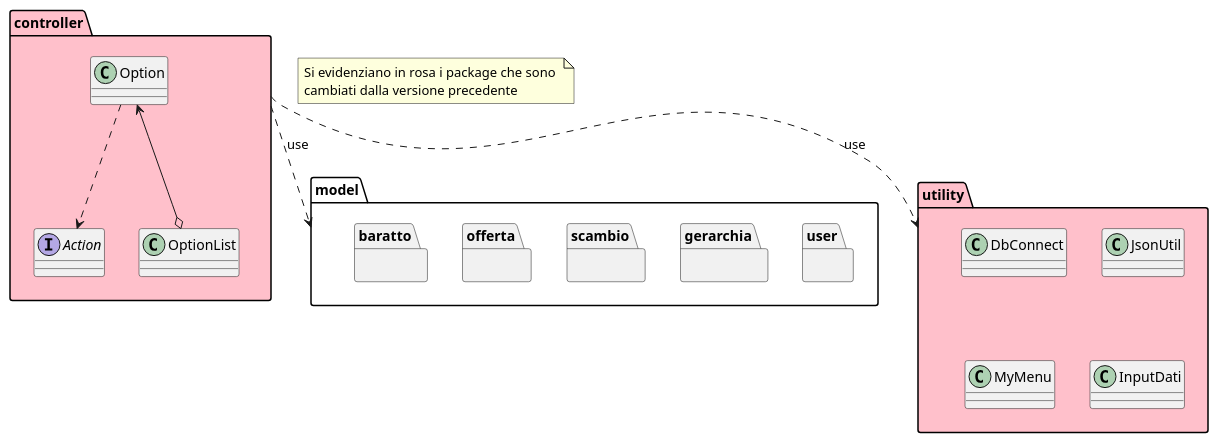
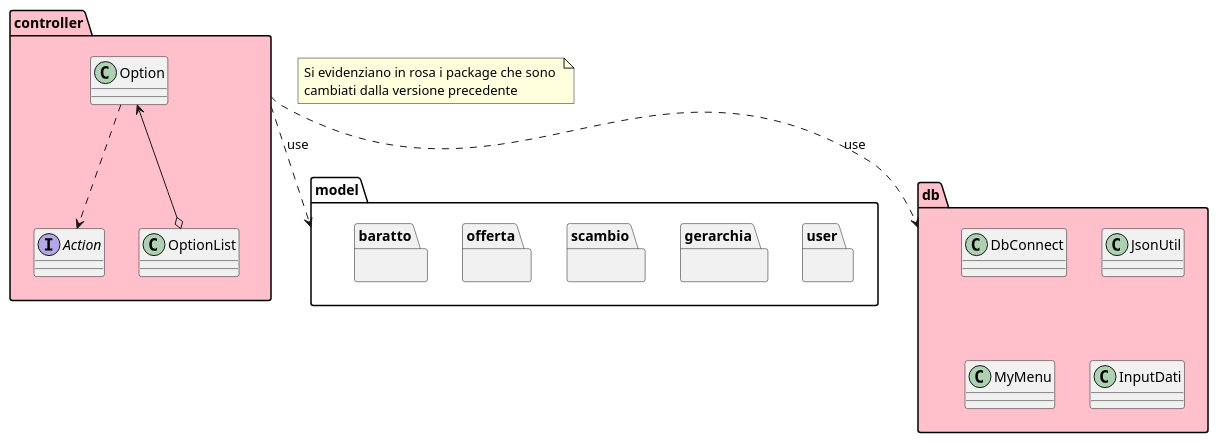
Before and after one commit to bernagit/IngegneriaSoftware: the diagram in Documentation/Ver5/package.puml, drawn with PlantUML. The commit also changed 37 other files, not shown here.

```diff
--- a/Documentation/Ver5/package.puml
+++ b/Documentation/Ver5/package.puml
@@ -1,33 +1,33 @@
 @startuml package
 
 note as n1
     Si evidenziano in rosa i package che sono 
     cambiati dalla versione precedente
 end note
 
 package controller #Pink{
     interface Action{}
     class Option{}
     class OptionList{}
     Option <--o OptionList
     Option ..> Action
 }
 
 package model{
     package user {}
     package gerarchia{}
     package scambio {}
     package offerta {}
     package baratto {}
 }
-package utility #Pink{
+package db #Pink{
     class DbConnect {}
     class JsonUtil{}
     class MyMenu{}
     class InputDati{}
 }
 
 controller ..> model: use
-controller ..> utility: use
+controller ..> db: use
 
 @enduml
```
